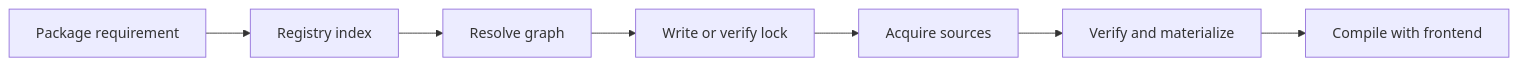
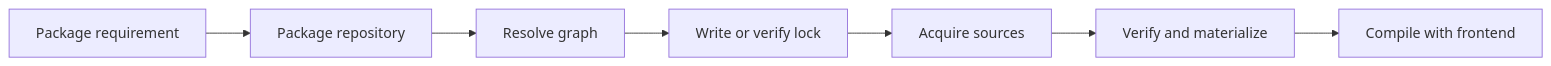
One commit to finos/morphir changed the first of 2 diagrams in docs/design/draft/extensions/distribution-and-acquisition.md. Above: the diagram before and after it, drawn with Mermaid. The commit also changed other lines of this file and 5 other files, not shown here.

````diff
--- a/docs/design/draft/extensions/distribution-and-acquisition.md
+++ b/docs/design/draft/extensions/distribution-and-acquisition.md
@@ -117,9 +120,9 @@
 ```mermaid
 flowchart LR
-    Requirement[Package requirement] --> Index[Registry index]
-    Index --> Resolve[Resolve graph]
+    Requirement[Package requirement] --> Repository[Package repository]
+    Repository --> Resolve[Resolve graph]
     Resolve --> Lock[Write or verify lock]
     Lock --> Acquire[Acquire sources]
     Acquire --> Verify[Verify and materialize]
     Verify --> Frontend[Compile with frontend]
 ```
````
